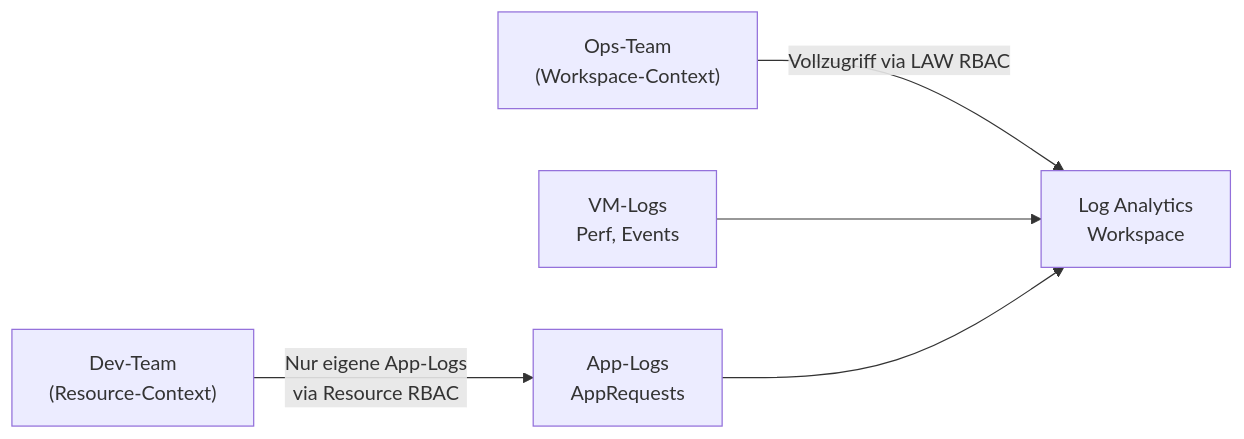
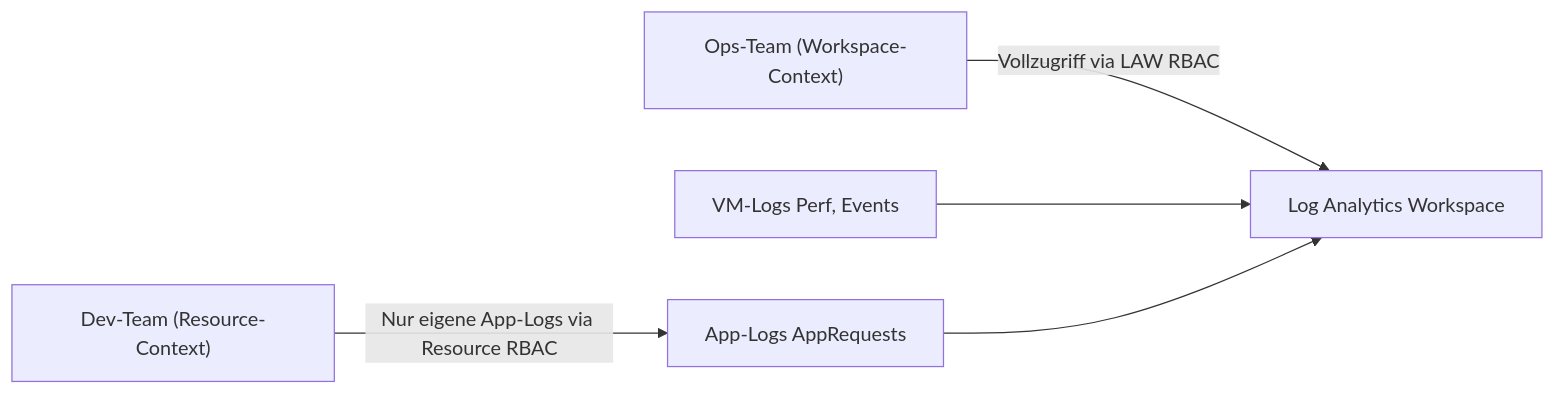
Before and after one commit to SoniiiT/notes-n-docs: the third of 3 diagrams in Microsoft 365/Azure/Monitor und Management/Log Analytics Workspace.md, drawn with Mermaid. The commit also changed other lines of this file and 124 other files, not shown here.

First line of the commit message:
fix: Entferne \n aus allen Mermaid-Diagrammen (125 Dateien)

````diff
--- a/Microsoft 365/Azure/Monitor und Management/Log Analytics Workspace.md
+++ b/Microsoft 365/Azure/Monitor und Management/Log Analytics Workspace.md
@@ -318,13 +318,13 @@
 ```mermaid
 graph LR
-    OpsTeam["Ops-Team\n(Workspace-Context)"]
-    DevTeam["Dev-Team\n(Resource-Context)"]
-    LAW["Log Analytics\nWorkspace"]
-    VMDaten["VM-Logs\nPerf, Events"]
-    AppDaten["App-Logs\nAppRequests"]
+    OpsTeam["Ops-Team (Workspace-Context)"]
+    DevTeam["Dev-Team (Resource-Context)"]
+    LAW["Log Analytics Workspace"]
+    VMDaten["VM-Logs Perf, Events"]
+    AppDaten["App-Logs AppRequests"]
 
     OpsTeam -- "Vollzugriff via LAW RBAC" --> LAW
-    DevTeam -- "Nur eigene App-Logs\nvia Resource RBAC" --> AppDaten
+    DevTeam -- "Nur eigene App-Logs via Resource RBAC" --> AppDaten
     VMDaten --> LAW
     AppDaten --> LAW
 ```
````
